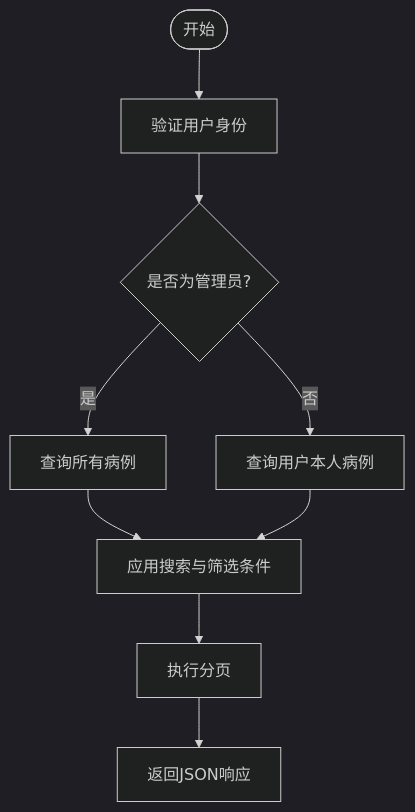
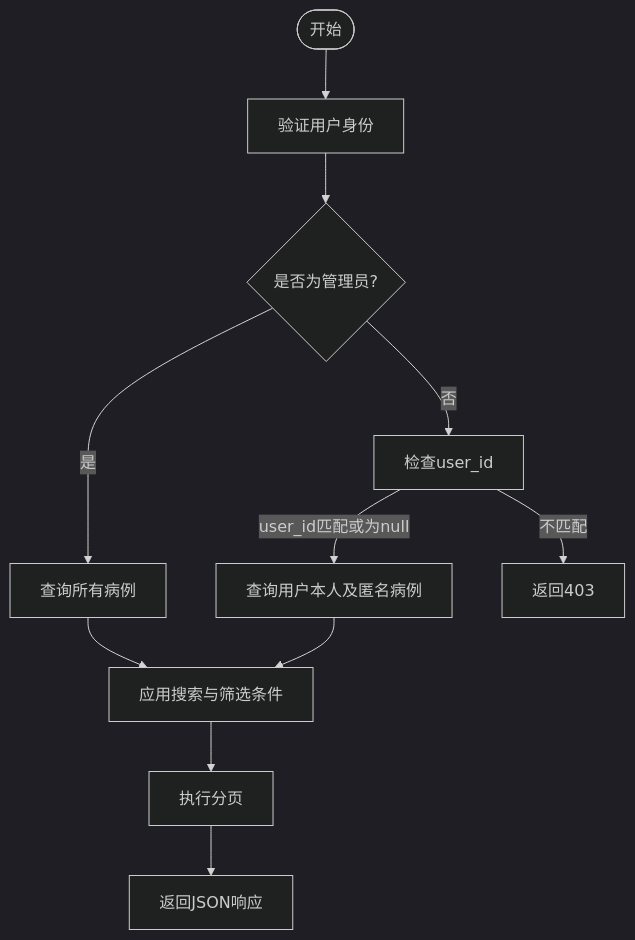
One commit to xingranya/CervixDetectAI changed the fourth of 7 diagrams in wiki/API参考/病例管理API/病例管理API.md. Above: the diagram before and after it, drawn with Mermaid (dark theme). The commit also changed other lines of this file and 7 other files, not shown here.

First line of the commit message:
docs(api): 更新头像API文档，新增图片元数据及尺寸字段

````diff
--- a/wiki/API参考/病例管理API/病例管理API.md
+++ b/wiki/API参考/病例管理API/病例管理API.md
@@ -120,11 +126,13 @@
 ```mermaid
 flowchart TD
 Start([开始]) --> AuthCheck["验证用户身份"]
 AuthCheck --> IsAdmin{"是否为管理员?"}
 IsAdmin --> |是| FetchAll["查询所有病例"]
-IsAdmin --> |否| FetchByUser["查询用户本人病例"]
+IsAdmin --> |否| CheckUserId["检查user_id"]
+CheckUserId --> |user_id匹配或为null| FetchByUser["查询用户本人及匿名病例"]
+CheckUserId --> |不匹配| ReturnForbidden["返回403"]
 FetchAll --> ApplyFilter["应用搜索与筛选条件"]
 FetchByUser --> ApplyFilter
 ApplyFilter --> Paginate["执行分页"]
 Paginate --> ReturnData["返回JSON响应"]
 ```
````
